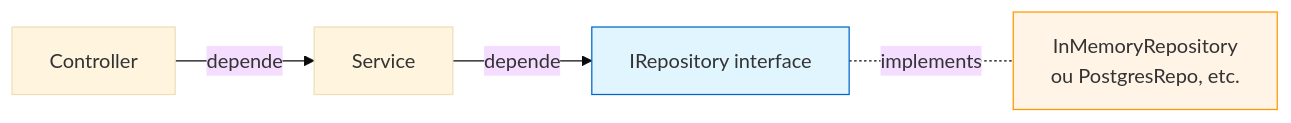
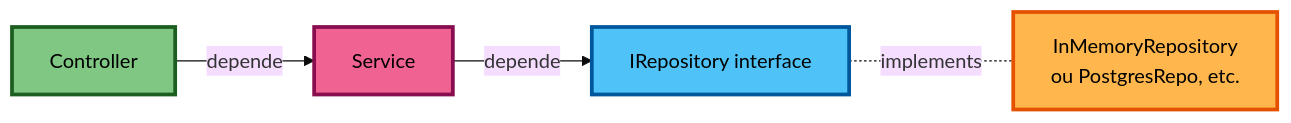
One commit to j4marcos/BK-products changed the first of 3 diagrams in README.md. Above: the diagram before and after it, drawn with Mermaid (base theme). The commit also changed other lines of this file, not shown here.

````diff
--- a/README.md
+++ b/README.md
@@ -48,10 +48,12 @@
 ```mermaid
 graph LR
     Controller -->|depende| Service
     Service -->|depende| IRepository[IRepository interface]
     InMemoryRepository[InMemoryRepository<br/>ou PostgresRepo, etc.]
     IRepository -.implements.- InMemoryRepository
     
-    style IRepository fill:#e1f5ff,stroke:#0066cc
-    style InMemoryRepository fill:#fff4e6,stroke:#ff9800
+    style IRepository fill:#4fc3f7,stroke:#01579b,stroke-width:3px,color:#000
+    style InMemoryRepository fill:#ffb74d,stroke:#e65100,stroke-width:3px,color:#000
+    style Controller fill:#81c784,stroke:#1b5e20,stroke-width:3px,color:#000
+    style Service fill:#f06292,stroke:#880e4f,stroke-width:3px,color:#000
 ```
````
